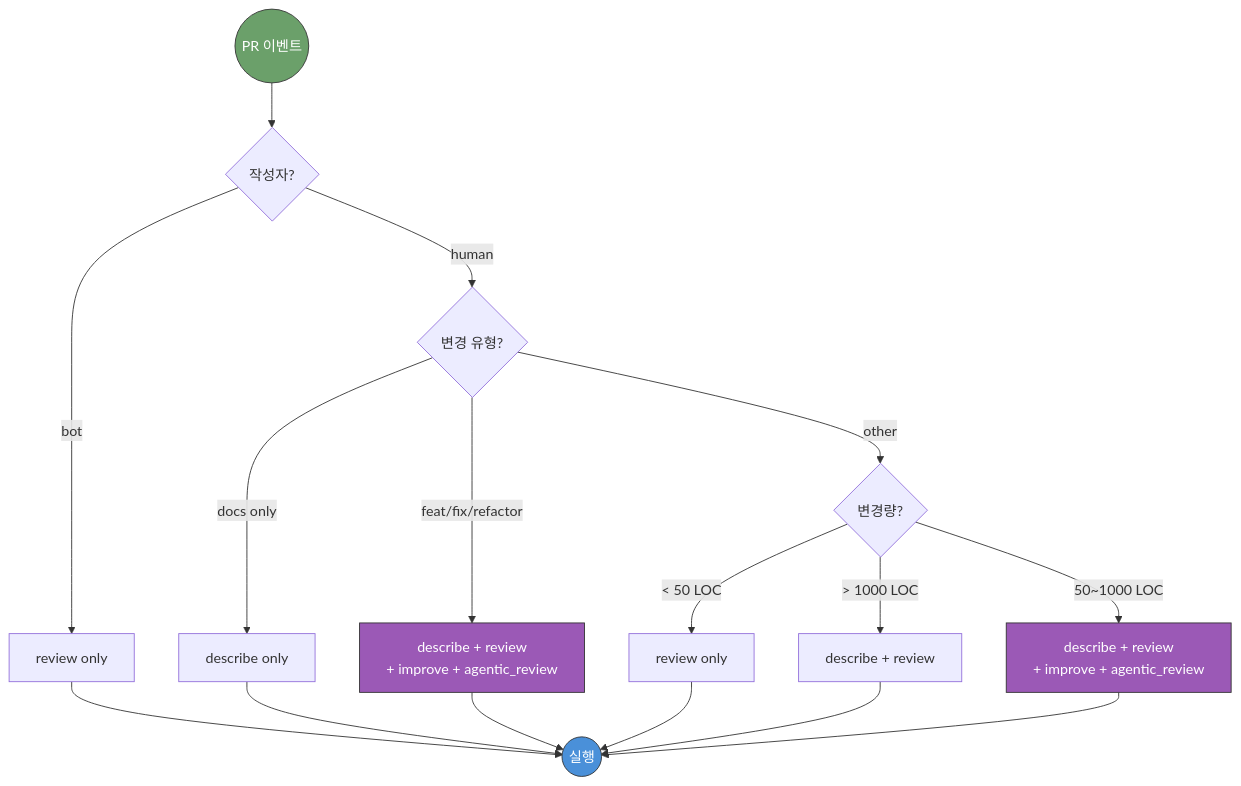
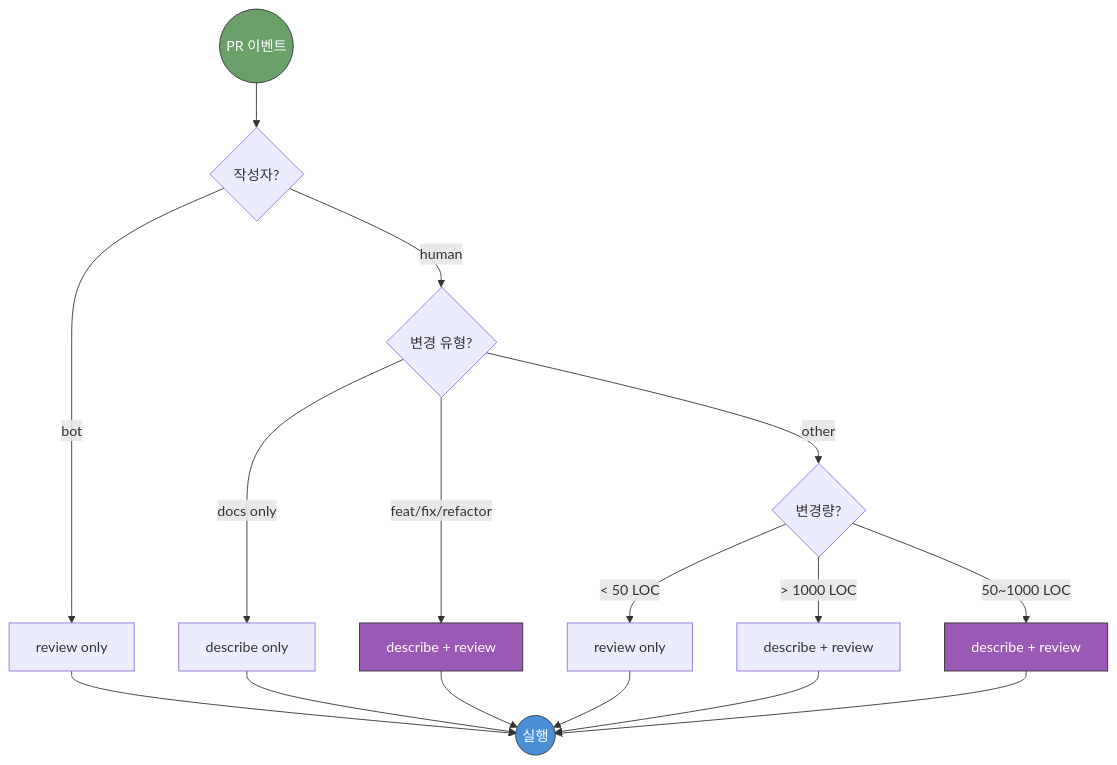
The sixth of 10 diagrams in docs/architecture.md (jclee941/.github), drawn with Mermaid before and after one commit. The commit also changed 5 other files, not shown here.

First line of the commit message:
docs(review): drop stale agentic_review refs and add drift-detector test

````diff
--- a/docs/architecture.md
+++ b/docs/architecture.md
@@ -278,27 +278,27 @@
 ```mermaid
 flowchart TD
     START(("PR 이벤트")) --> AUTHOR{"작성자?"}
     
     AUTHOR -->|bot| BOT["review only"]
     AUTHOR -->|human| TYPE{"변경 유형?"}
     
     TYPE -->|docs only| DOCS["describe only"]
-    TYPE -->|feat/fix/refactor| FULL1["describe + review<br/>+ improve + agentic_review"]
+    TYPE -->|feat/fix/refactor| FULL1["describe + review"]
     TYPE -->|other| SIZE{"변경량?"}
     
     SIZE -->|< 50 LOC| SMALL["review only"]
     SIZE -->|> 1000 LOC| LARGE["describe + review"]
-    SIZE -->|50~1000 LOC| DEFAULT["describe + review<br/>+ improve + agentic_review"]
+    SIZE -->|50~1000 LOC| DEFAULT["describe + review"]
     
     BOT --> END(("실행"))
     DOCS --> END
     FULL1 --> END
     SMALL --> END
     LARGE --> END
     DEFAULT --> END
     
     style START fill:#6ba06a,stroke:#333,color:#fff
     style END fill:#4a90d9,stroke:#333,color:#fff
     style FULL1 fill:#9b59b6,stroke:#333,color:#fff
     style DEFAULT fill:#9b59b6,stroke:#333,color:#fff
 ```
````
